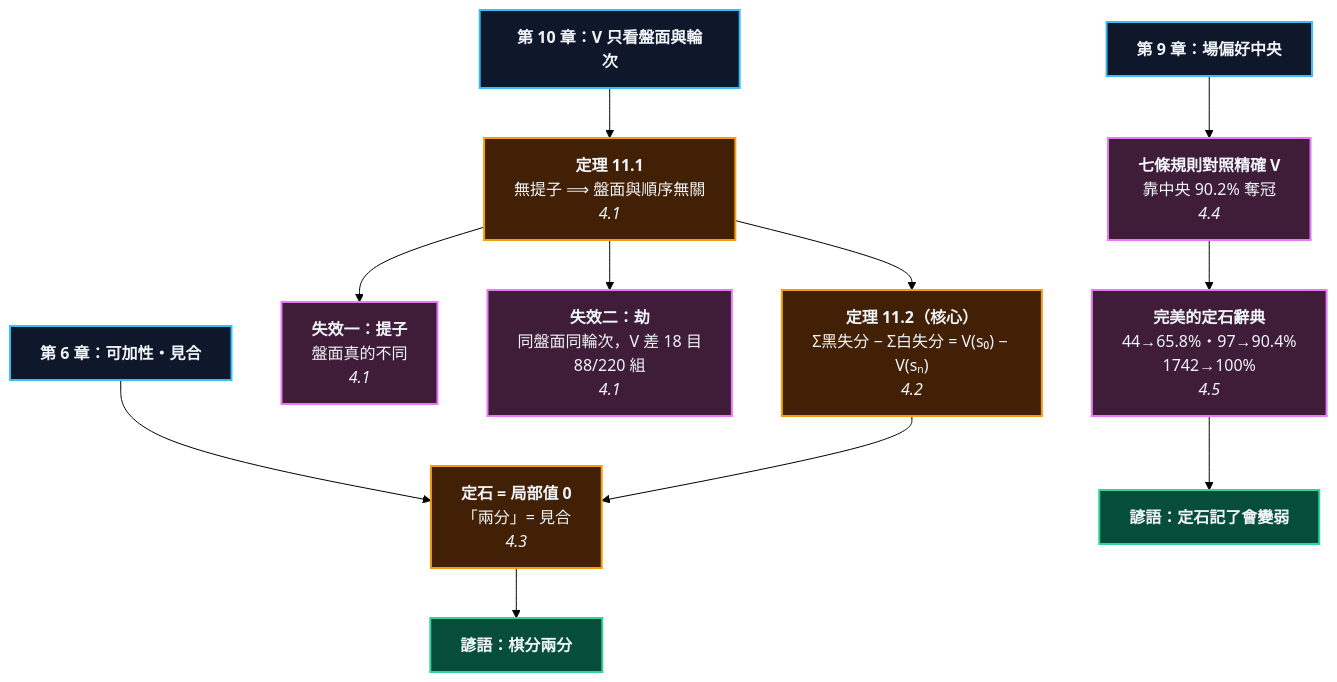
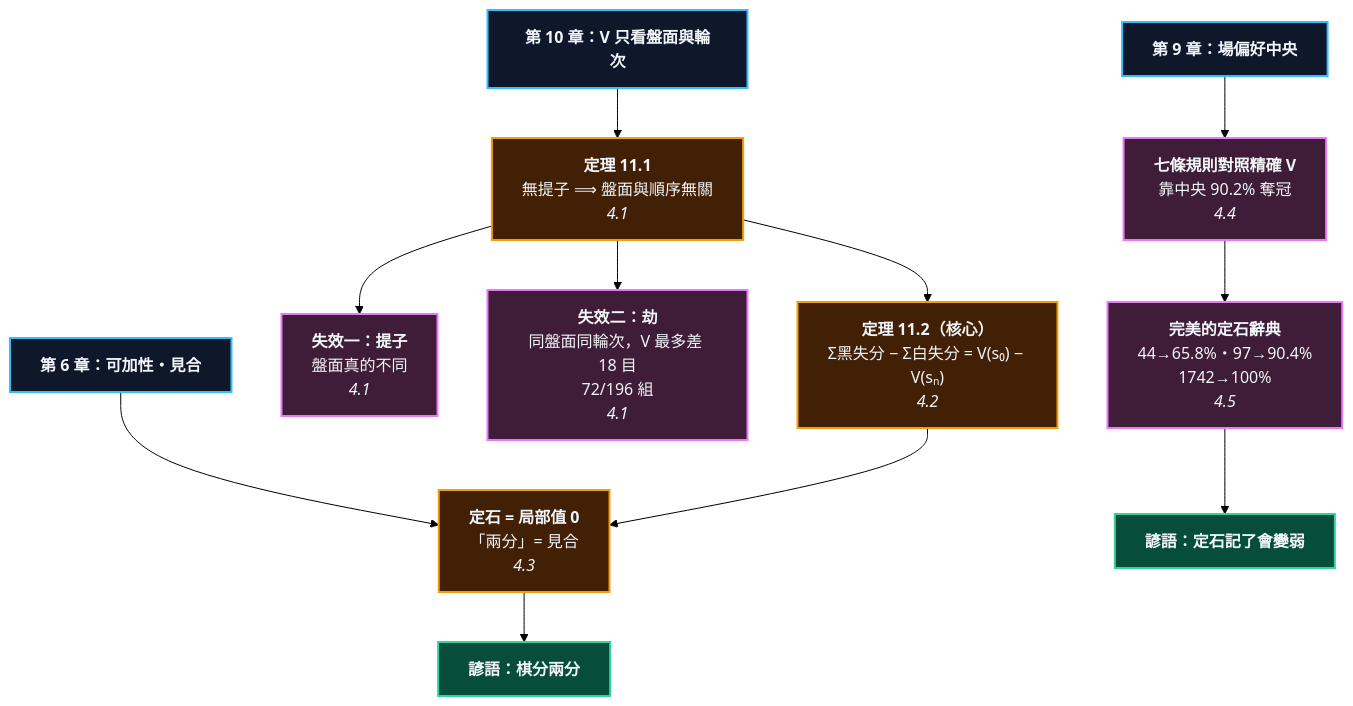
One commit to davechendatascience/claude_teaches_you_go changed the diagram in chapters/ch11_joseki.md. Above: the diagram before and after it, drawn with Mermaid (forest theme). The commit also changed other lines of this file and 5 other files, not shown here.

````diff
--- a/chapters/ch11_joseki.md
+++ b/chapters/ch11_joseki.md
@@ -98,30 +98,30 @@
 ```mermaid
 graph TD
     classDef base fill:#0f172a,stroke:#38bdf8,stroke-width:2px,color:#f1f5f9;
     classDef thm  fill:#422006,stroke:#f59e0b,stroke-width:2px,color:#f1f5f9;
     classDef meas fill:#3f1d38,stroke:#e879f9,stroke-width:2px,color:#f1f5f9;
     classDef pro  fill:#064e3b,stroke:#34d399,stroke-width:2px,color:#f1f5f9;
 
     V["<b>第 10 章：V 只看盤面與輪次</b>"]:::base
     T1["<b>定理 11.1</b><br/>無提子 ⟹ 盤面與順序無關<br/><i>4.1</i>"]:::thm
     T2["<b>定理 11.2（核心）</b><br/>Σ黑失分 − Σ白失分 = V(s₀) − V(sₙ)<br/><i>4.2</i>"]:::thm
     F1["<b>失效一：提子</b><br/>盤面真的不同<br/><i>4.1</i>"]:::meas
-    F2["<b>失效二：劫</b><br/>同盤面同輪次，V 差 18 目<br/>88/220 組<br/><i>4.1</i>"]:::meas
+    F2["<b>失效二：劫</b><br/>同盤面同輪次，V 最多差 18 目<br/>72/196 組<br/><i>4.1</i>"]:::meas
     J["<b>定石 = 局部值 0</b><br/>「兩分」= 見合<br/><i>4.3</i>"]:::thm
     P["<b>七條規則對照精確 V</b><br/>靠中央 90.2% 奪冠<br/><i>4.4</i>"]:::meas
     D["<b>完美的定石辭典</b><br/>44→65.8%・97→90.4%<br/>1742→100%<br/><i>4.5</i>"]:::meas
 
     L6["<b>第 6 章：可加性・見合</b>"]:::base
     L9["<b>第 9 章：場偏好中央</b>"]:::base
 
     PR1["<b>諺語：棋分兩分</b>"]:::pro
     PR2["<b>諺語：定石記了會變弱</b>"]:::pro
 
     V --> T1 --> T2
     T1 --> F1
     T1 --> F2
     L6 --> J --> PR1
     T2 --> J
     L9 --> P
     P --> D --> PR2
 ```
````
